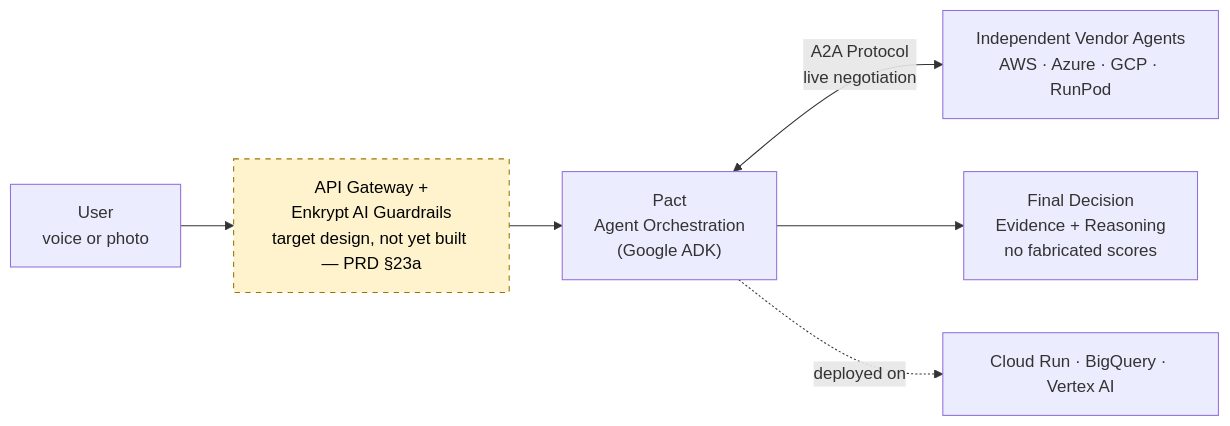
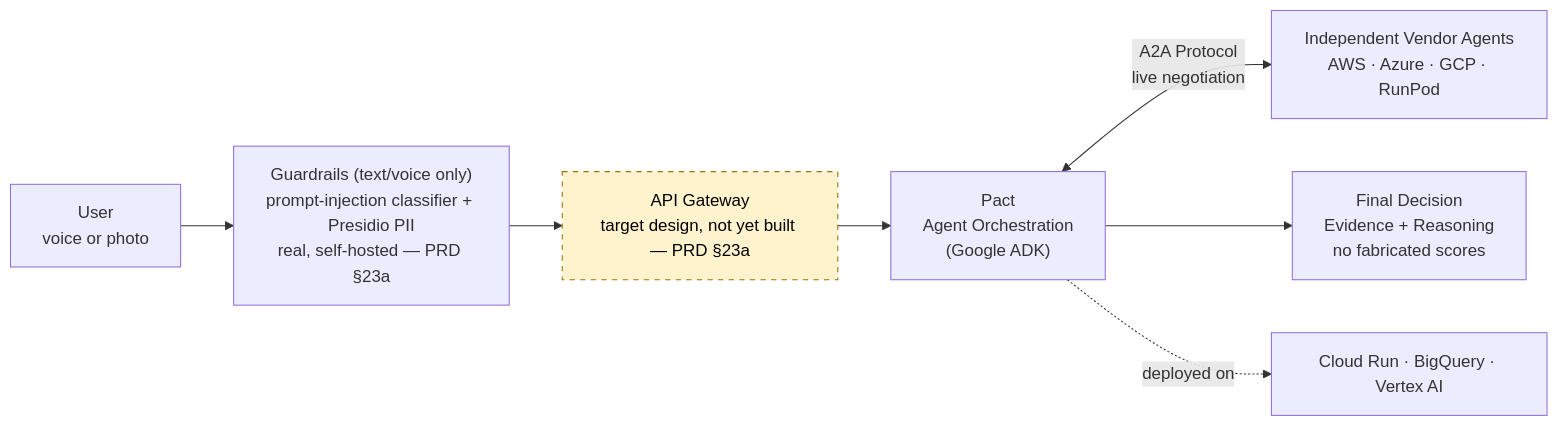
Before and after one commit to maha-rk/pact: the first of 5 diagrams in docs/ARCHITECTURE.md, drawn with Mermaid. The commit also changed other lines of this file and 9 other files, not shown here.

````diff
--- a/docs/ARCHITECTURE.md
+++ b/docs/ARCHITECTURE.md
@@ -18,11 +18,12 @@
 ```mermaid
 flowchart LR
-    USER["User<br/>voice or photo"] --> GATEWAY["API Gateway +<br/>Enkrypt AI Guardrails<br/>target design, not yet built — PRD §23a"]
+    USER["User<br/>voice or photo"] --> GUARDRAILS["Guardrails (text/voice only)<br/>prompt-injection classifier + Presidio PII<br/>real, self-hosted — PRD §23a"]
+    GUARDRAILS --> GATEWAY["API Gateway<br/>target design, not yet built — PRD §23a"]
     GATEWAY --> ORCH["Pact<br/>Agent Orchestration<br/>(Google ADK)"]
     ORCH <-->|A2A Protocol<br/>live negotiation| VENDORS["Independent Vendor Agents<br/>AWS · Azure · GCP · RunPod"]
     ORCH --> DECISION["Final Decision<br/>Evidence + Reasoning<br/>no fabricated scores"]
     ORCH -.->|deployed on| INFRA["Cloud Run · BigQuery · Vertex AI"]
 
     classDef planned stroke-dasharray: 5 5,fill:#fff3cd,stroke:#997404,color:#000
     class GATEWAY planned
 ```
````
